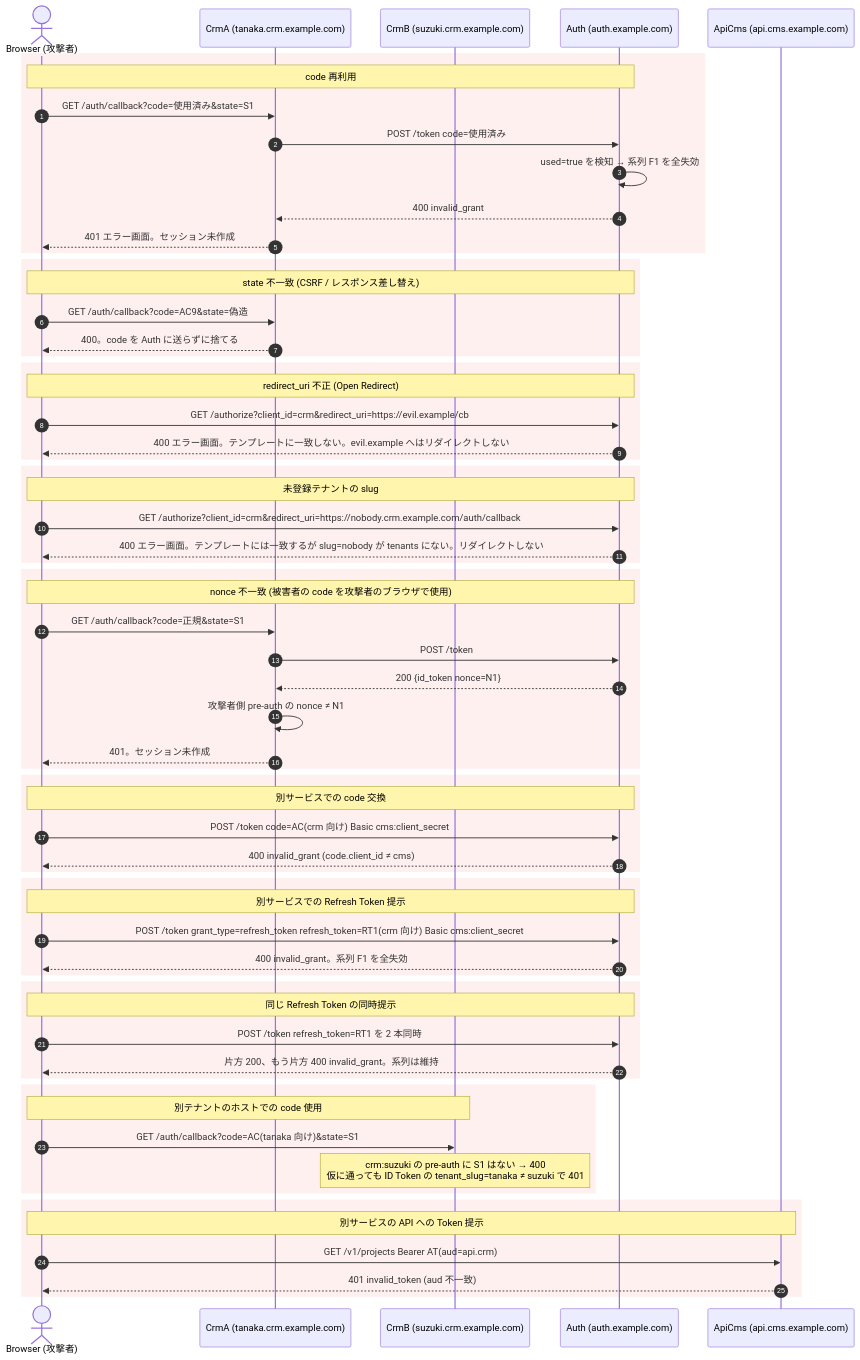
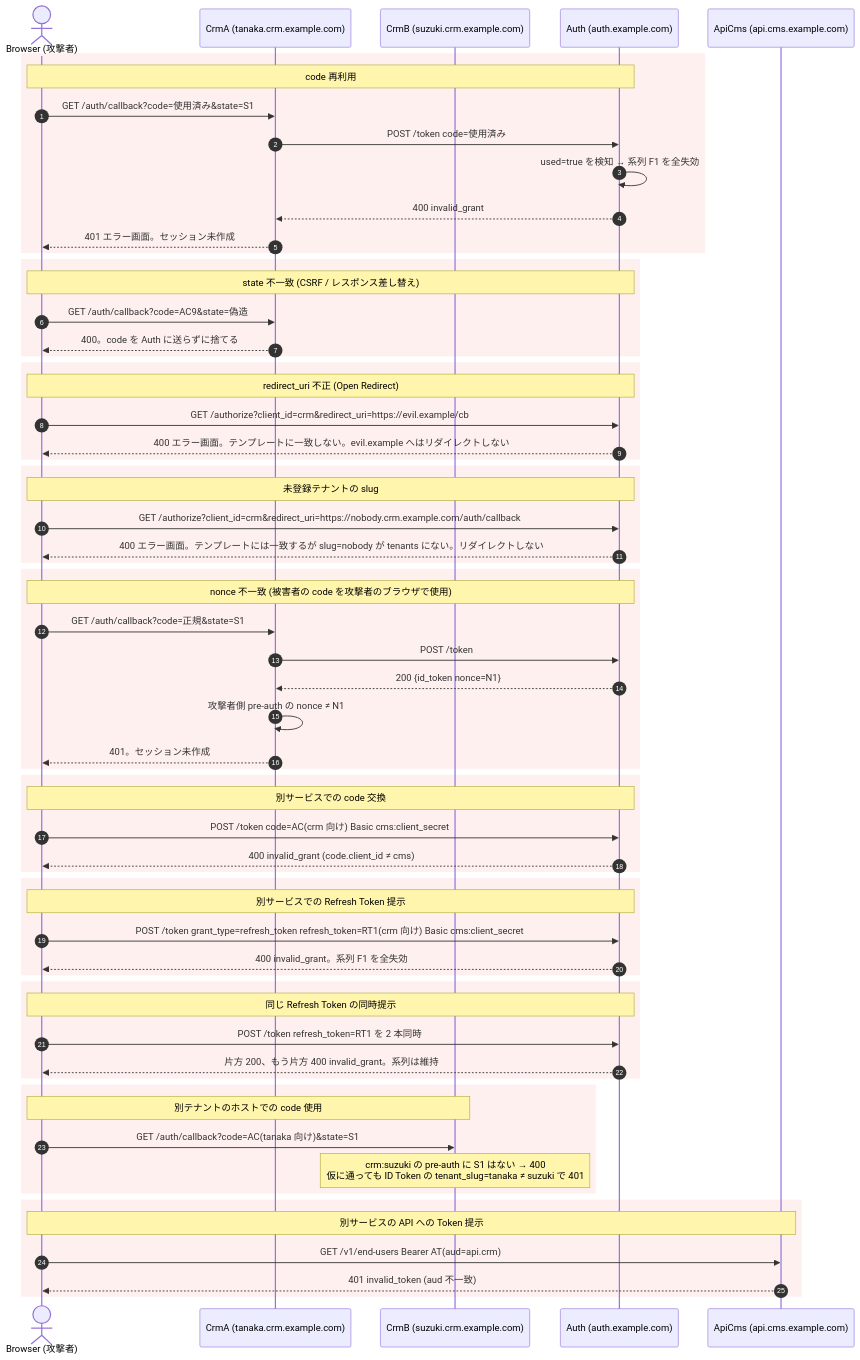
Diagram 11 of 11 in docs/integration-guide.md (daisuke-tanabe/multi-domain-sandbox), drawn with Mermaid before and after one commit. The commit also changed other lines of this file and 97 other files, not shown here.

````diff
--- a/docs/integration-guide.md
+++ b/docs/integration-guide.md
@@ -826,66 +913,66 @@
 ```mermaid
 sequenceDiagram
     autonumber
     actor Attacker as Browser (攻撃者)
     participant CrmA as CrmA (tanaka.crm.example.com)
     participant CrmB as CrmB (suzuki.crm.example.com)
     participant Auth as Auth (auth.example.com)
     participant ApiCms as ApiCms (api.cms.example.com)
 
     rect rgb(255,240,240)
     Note over Attacker,Auth: code 再利用
     Attacker->>CrmA: GET /auth/callback?code=使用済み&state=S1
     CrmA->>Auth: POST /token code=使用済み
     Auth->>Auth: used=true を検知 → 系列 F1 を全失効
     Auth-->>CrmA: 400 invalid_grant
     CrmA-->>Attacker: 401 エラー画面。セッション未作成
     end
     rect rgb(255,240,240)
     Note over Attacker,Auth: state 不一致 (CSRF / レスポンス差し替え)
     Attacker->>CrmA: GET /auth/callback?code=AC9&state=偽造
     CrmA-->>Attacker: 400。code を Auth に送らずに捨てる
     end
     rect rgb(255,240,240)
     Note over Attacker,Auth: redirect_uri 不正 (Open Redirect)
     Attacker->>Auth: GET /authorize?client_id=crm&redirect_uri=https://evil.example/cb
     Auth-->>Attacker: 400 エラー画面。テンプレートに一致しない。evil.example へはリダイレクトしない
     end
     rect rgb(255,240,240)
     Note over Attacker,Auth: 未登録テナントの slug
     Attacker->>Auth: GET /authorize?client_id=crm&redirect_uri=https://nobody.crm.example.com/auth/callback
     Auth-->>Attacker: 400 エラー画面。テンプレートには一致するが slug=nobody が tenants にない。リダイレクトしない
     end
     rect rgb(255,240,240)
     Note over Attacker,Auth: nonce 不一致 (被害者の code を攻撃者のブラウザで使用)
     Attacker->>CrmA: GET /auth/callback?code=正規&state=S1
     CrmA->>Auth: POST /token
     Auth-->>CrmA: 200 {id_token nonce=N1}
     CrmA->>CrmA: 攻撃者側 pre-auth の nonce ≠ N1
     CrmA-->>Attacker: 401。セッション未作成
     end
     rect rgb(255,240,240)
     Note over Attacker,Auth: 別サービスでの code 交換
     Attacker->>Auth: POST /token code=AC(crm 向け) Basic cms:client_secret
     Auth-->>Attacker: 400 invalid_grant (code.client_id ≠ cms)
     end
     rect rgb(255,240,240)
     Note over Attacker,Auth: 別サービスでの Refresh Token 提示
     Attacker->>Auth: POST /token grant_type=refresh_token refresh_token=RT1(crm 向け) Basic cms:client_secret
     Auth-->>Attacker: 400 invalid_grant。系列 F1 を全失効
     end
     rect rgb(255,240,240)
     Note over Attacker,Auth: 同じ Refresh Token の同時提示
     Attacker->>Auth: POST /token refresh_token=RT1 を 2 本同時
     Auth-->>Attacker: 片方 200、もう片方 400 invalid_grant。系列は維持
     end
     rect rgb(255,240,240)
     Note over Attacker,CrmB: 別テナントのホストでの code 使用
     Attacker->>CrmB: GET /auth/callback?code=AC(tanaka 向け)&state=S1
     Note over CrmB: crm:suzuki の pre-auth に S1 はない → 400<br/>仮に通っても ID Token の tenant_slug=tanaka ≠ suzuki で 401
     end
     rect rgb(255,240,240)
     Note over Attacker,ApiCms: 別サービスの API への Token 提示
-    Attacker->>ApiCms: GET /v1/projects  Bearer AT(aud=api.crm)
+    Attacker->>ApiCms: GET /v1/end-users  Bearer AT(aud=api.crm)
     ApiCms-->>Attacker: 401 invalid_token (aud 不一致)
     end
 ```
````
